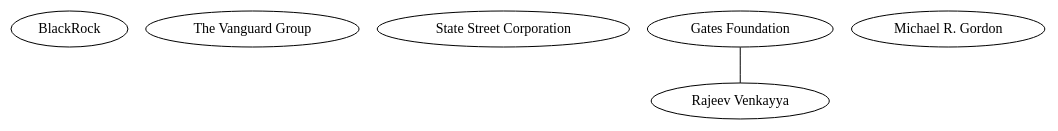
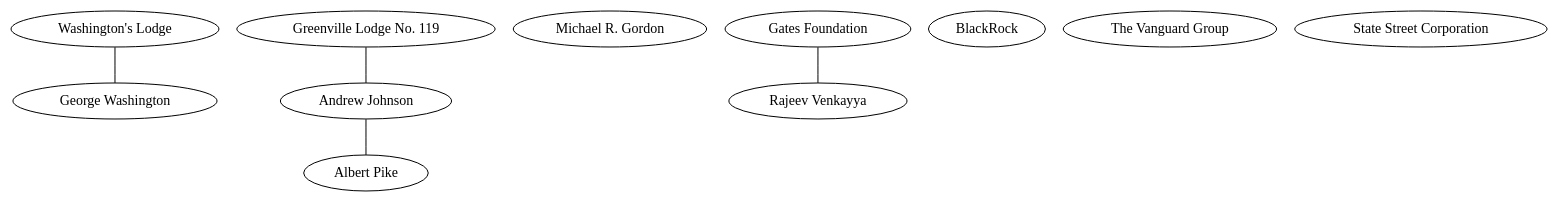
The diagram in interchullos/usa.gv (tnotstar/tnotdata), drawn with Graphviz before and after one commit.

Commit message:
added `albert pike` and some usa's president & lodges
- added `george washington` and `andrew johnson`
- added their initiation lodges

```diff
--- a/interchullos/usa.gv
+++ b/interchullos/usa.gv
@@ -1,45 +1,84 @@
 graph usa {
+    subgraph politicians {
+        style=filled;
+        color=lightgrey;
+        gw1 [
+            label="George Washington",
+            full="George Washington",
+            link="https://en.wikipedia.org/wiki/George_Washington",
+        ];
+        aj1 [
+            label="Andrew Johnson",
+            full="Andrew Johnson",
+            link="https://en.wikipedia.org/wiki/Andrew_Johnson",
+        ];
+    };
+
+    subgraph leaders {
+        ap1 [
+            label="Albert Pike",
+            full="Albert Pike",
+            link="https://en.wikipedia.org/wiki/Albert_Pike",
+        ];
+    };
+
+    subgraph jounalists {
+        mrg1 [
+            label="Michael R. Gordon",
+            full="Michael R. Gordon",
+            link="https://en.wikipedia.org/wiki/Michael_R._Gordon",
+        ];
+    };
+
+    subgraph doctors {
+        rv1 [
+            label="Rajeev Venkayya",
+            full="Rajeev Venkayya, M.D.",
+            link="https://www.linkedin.com/in/rvenkayya",
+        ];
+    };
+
     subgraph companies {
         b1 [
             label="BlackRock",
             full="BlackRock",
             link="https://es.wikipedia.org/wiki/BlackRock",
         ];
         tvg1 [
             label="The Vanguard Group",
             full="Vanguard",
             link="https://en.wikipedia.org/wiki/The_Vanguard_Group",
         ];
         ssc1 [
             label="State Street Corporation",
             full="State Street",
             link="https://en.wikipedia.org/wiki/State_Street_Corporation",
         ];
     };
 
     subgraph foundations {
         bmgf1 [
             label="Gates Foundation",
             full="Bill & Melinda Gates Foundation",
             link="",
         ];
     };
 
-    subgraph jounalists {
-        mrg1 [
-            label="Michael R. Gordon",
-            full="Michael R. Gordon",
-            link="https://en.wikipedia.org/wiki/Michael_R._Gordon",
+    subgraph lodges {
+        fml4 [
+            label="Washington's Lodge",
+            full="Fredericksburg Masonic Lodge No. 4",
+            link="https://masoniclodge4.org",
         ];
-    };
-
-    subgraph doctors {
-        rv1 [
-            label="Rajeev Venkayya",
-            full="Rajeev Venkayya, M.D.",
-            link="https://www.linkedin.com/in/rvenkayya",
+        gl119 [
+            label="Greenville Lodge No. 119",
+            full="Greenville Lodge No. 119",
+            link="",
         ];
     };
 
     bmgf1 -- rv1;
+    fml4 -- gw1;
+    gl119 -- aj1;
+    aj1 -- ap1;
 }
```
